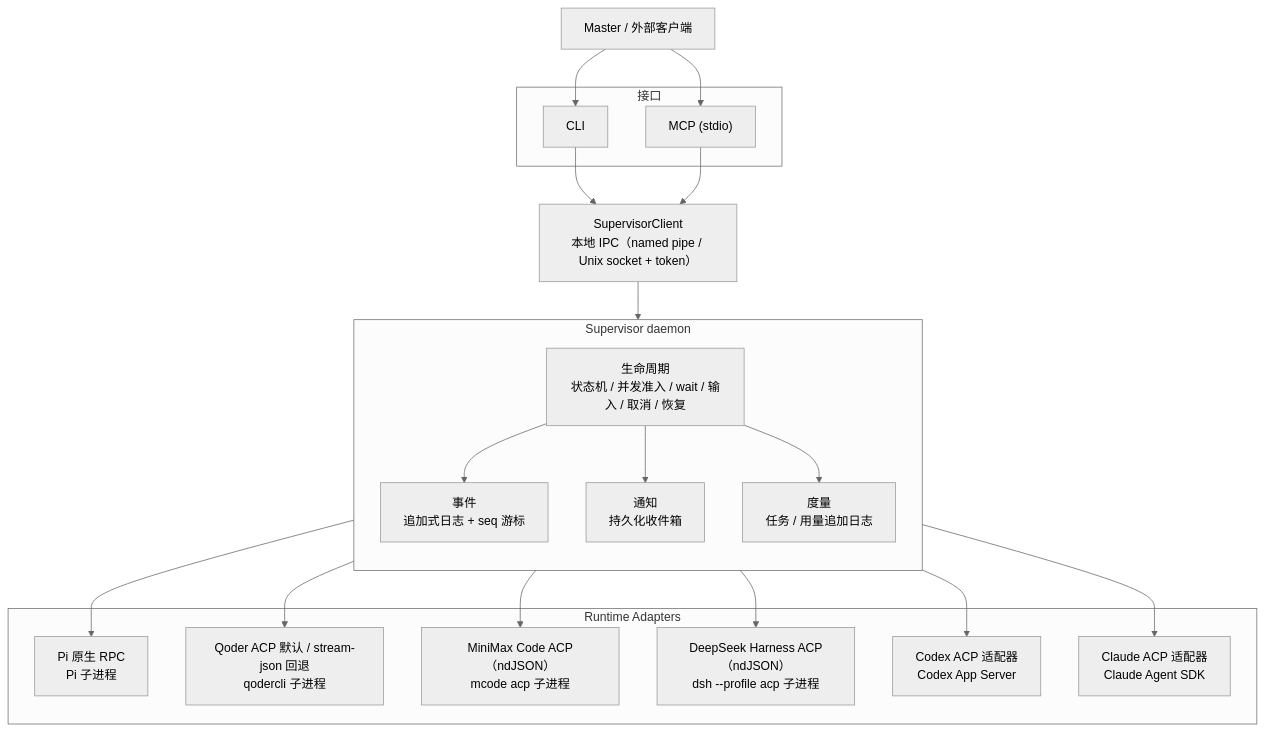
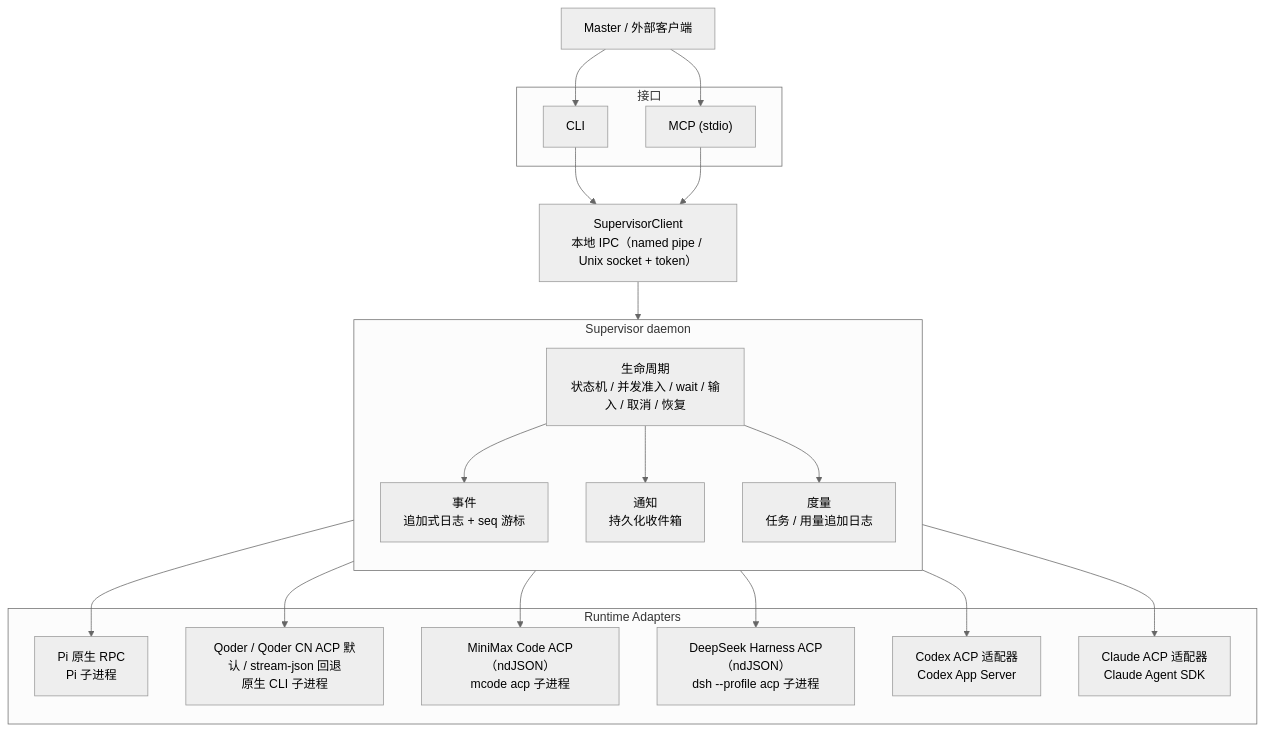
The diagram in README.md (Chenpi-Sakura/harness-supervisor), drawn with Mermaid (neutral theme) before and after one commit. The commit also changed other lines of this file and 39 other files, not shown here.

Commit message:
feat(runtimes): bundle ACP adapters and add Qoder CN

````diff
--- a/README.md
+++ b/README.md
@@ -212,43 +214,43 @@
 ```mermaid
 flowchart TB
     Client["Master / 外部客户端"]
 
     subgraph interfaces["接口"]
         CLI["CLI"]
         MCP["MCP (stdio)"]
     end
 
     IPC["SupervisorClient<br/>本地 IPC（named pipe / Unix socket + token）"]
 
     subgraph daemon["Supervisor daemon"]
         direction TB
         Lifecycle["生命周期<br/>状态机 / 并发准入 / wait / 输入 / 取消 / 恢复"]
         Events["事件<br/>追加式日志 + seq 游标"]
         Inbox["通知<br/>持久化收件箱"]
         Metrics["度量<br/>任务 / 用量追加日志"]
     end
 
     subgraph adapters["Runtime Adapters"]
         Pi["Pi 原生 RPC<br/>Pi 子进程"]
-        Qoder["Qoder ACP 默认 / stream-json 回退<br/>qodercli 子进程"]
+        Qoder["Qoder / Qoder CN ACP 默认 / stream-json 回退<br/>原生 CLI 子进程"]
         Mcode["MiniMax Code ACP（ndJSON）<br/>mcode acp 子进程"]
         Dsh["DeepSeek Harness ACP（ndJSON）<br/>dsh --profile acp 子进程"]
         Codex["Codex ACP 适配器<br/>Codex App Server"]
         Claude["Claude ACP 适配器<br/>Claude Agent SDK"]
     end
 
     Client --> CLI
     Client --> MCP
     CLI --> IPC
     MCP --> IPC
     IPC --> Lifecycle
     Lifecycle --> Events
     Lifecycle --> Inbox
     Lifecycle --> Metrics
     Lifecycle --> Pi
     Lifecycle --> Qoder
     Lifecycle --> Mcode
     Lifecycle --> Dsh
     Lifecycle --> Codex
     Lifecycle --> Claude
 ```
````
